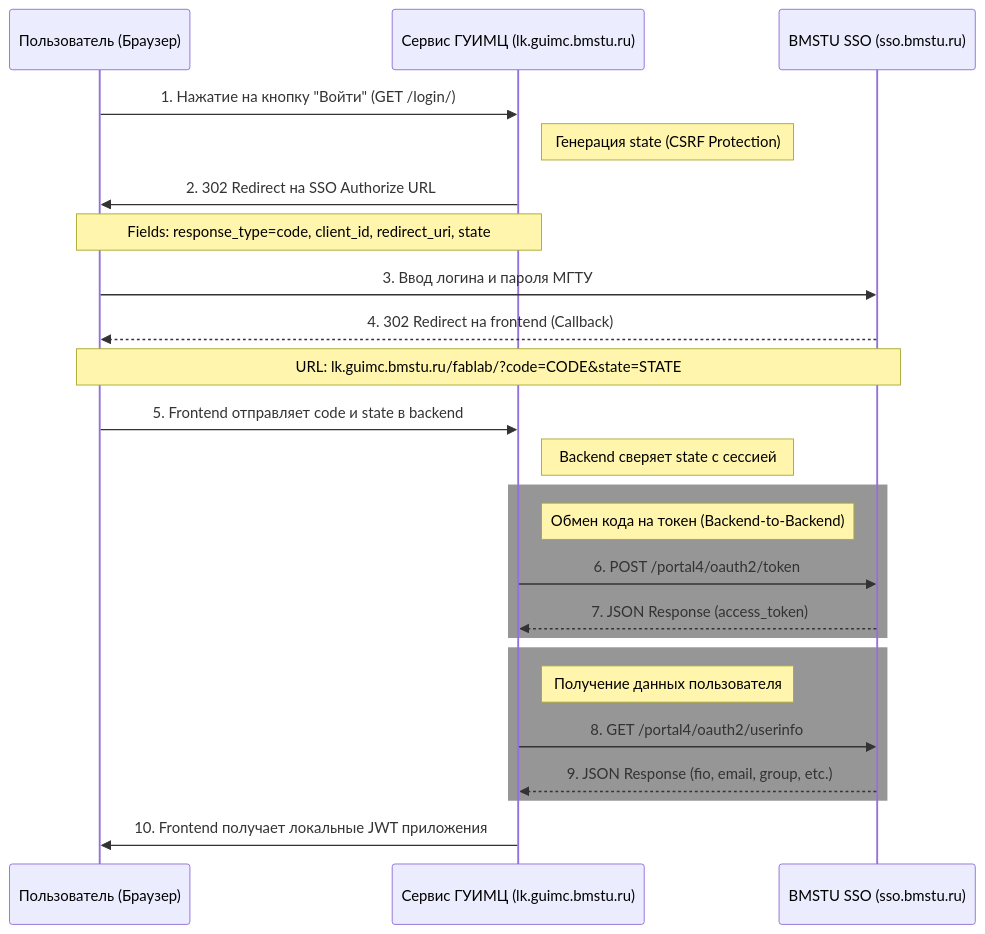
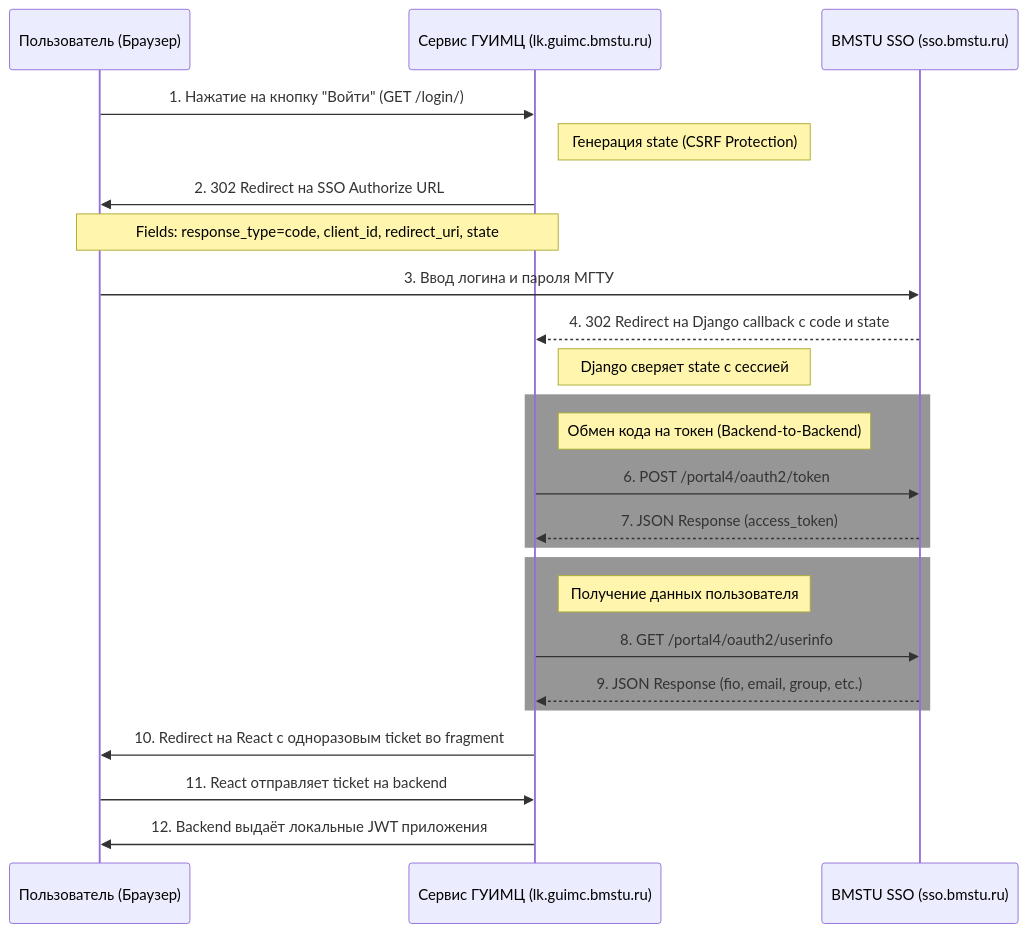
One commit to lifelessgarments9/schema_catalog2 changed the diagram in README (1).md. Above: the diagram before and after it, drawn with Mermaid. The commit also changed other lines of this file and 10 other files, not shown here.

````diff
--- a/README (1).md
+++ b/README (1).md
@@ -40,32 +40,31 @@
 ```mermaid
 sequenceDiagram
     participant User as Пользователь (Браузер)
     participant Client as Сервис ГУИМЦ (lk.guimc.bmstu.ru)
     participant SSO as BMSTU SSO (sso.bmstu.ru)
 
     User->>Client: 1. Нажатие на кнопку "Войти" (GET /login/)
     Note right of Client: Генерация state (CSRF Protection)
     Client->>User: 2. 302 Redirect на SSO Authorize URL
     Note over Client, User: Fields: response_type=code, client_id, redirect_uri, state
 
     User->>SSO: 3. Ввод логина и пароля МГТУ
-    SSO-->>User: 4. 302 Redirect на frontend (Callback)
-    Note over SSO, User: URL: lk.guimc.bmstu.ru/fablab/?code=CODE&state=STATE
-
-    User->>Client: 5. Frontend отправляет code и state в backend
-    Note right of Client: Backend сверяет state с сессией
+    SSO-->>Client: 4. 302 Redirect на Django callback с code и state
+    Note right of Client: Django сверяет state с сессией
 
     rect rgb(150, 150, 150)
         Note right of Client: Обмен кода на токен (Backend-to-Backend)
         Client->>SSO: 6. POST /portal4/oauth2/token
         SSO-->>Client: 7. JSON Response (access_token)
     end
 
     rect rgb(150, 150, 150)
         Note right of Client: Получение данных пользователя
         Client->>SSO: 8. GET /portal4/oauth2/userinfo
         SSO-->>Client: 9. JSON Response (fio, email, group, etc.)
     end
 
-        Client->>User: 10. Frontend получает локальные JWT приложения
+        Client->>User: 10. Redirect на React с одноразовым ticket во fragment
+        User->>Client: 11. React отправляет ticket на backend
+        Client->>User: 12. Backend выдаёт локальные JWT приложения
 ```
````
